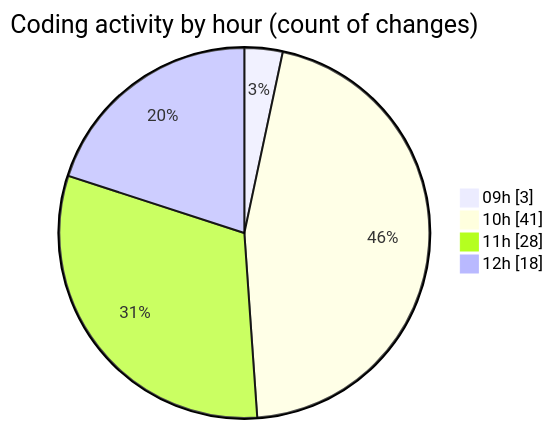
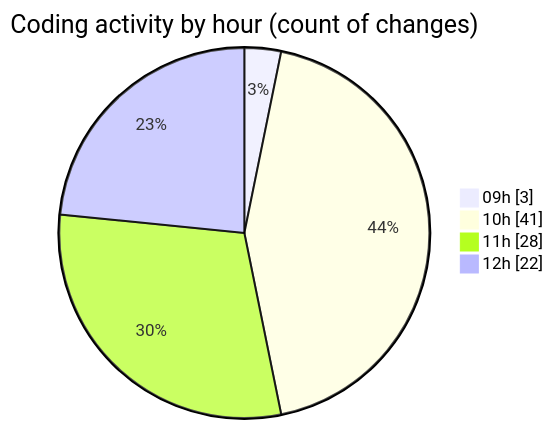
The second of 2 diagrams in 2025-05-19/ecodeli-1/README.md (CELIANVF/code-tracking), drawn with Mermaid before and after one commit. The commit also changed other lines of this file and 1 other file, not shown here.

````diff
--- a/2025-05-19/ecodeli-1/README.md
+++ b/2025-05-19/ecodeli-1/README.md
@@ -58,8 +59,8 @@
 ```mermaid
 pie showData
 title Coding activity by hour (count of changes)
 "09h" : 3
 "10h" : 41
 "11h" : 28
-"12h" : 18
+"12h" : 22
 ```
````
